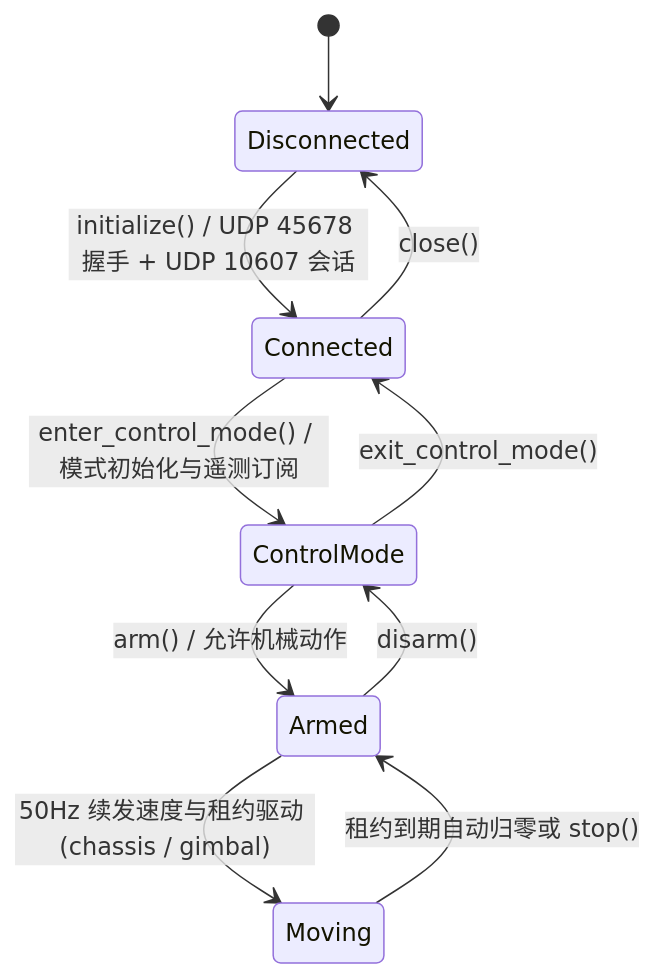
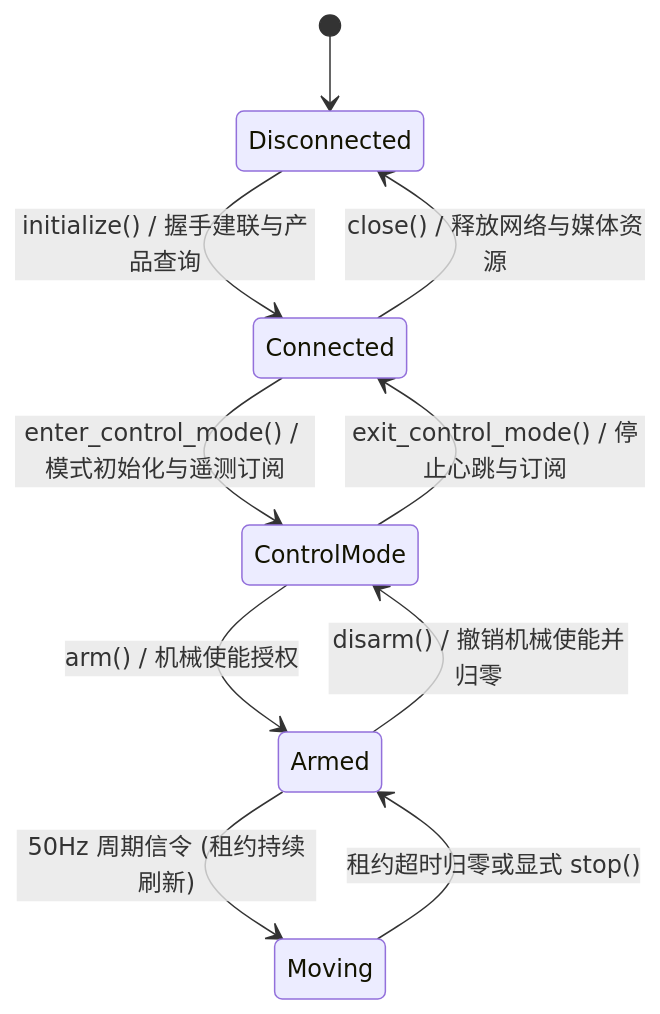
Before and after one commit to elonzh/hanppie: the ninth of 9 diagrams in docs/architecture.md, drawn with Mermaid. The commit also changed other lines of this file and 1 other file, not shown here.

````diff
--- a/docs/architecture.md
+++ b/docs/architecture.md
@@ -374,12 +424,12 @@
 ```mermaid
 stateDiagram-v2
     [*] --> Disconnected
-    Disconnected --> Connected: initialize() / UDP 45678 握手 + UDP 10607 会话
+    Disconnected --> Connected: initialize() / 握手建联与产品查询
     Connected --> ControlMode: enter_control_mode() / 模式初始化与遥测订阅
-    ControlMode --> Armed: arm() / 允许机械动作
-    Armed --> Moving: 50Hz 续发速度与租约驱动 (chassis / gimbal)
-    Moving --> Armed: 租约到期自动归零或 stop()
-    Armed --> ControlMode: disarm()
-    ControlMode --> Connected: exit_control_mode()
-    Connected --> Disconnected: close()
+    ControlMode --> Armed: arm() / 机械使能授权
+    Armed --> Moving: 50Hz 周期信令 (租约持续刷新)
+    Moving --> Armed: 租约超时归零或显式 stop()
+    Armed --> ControlMode: disarm() / 撤销机械使能并归零
+    ControlMode --> Connected: exit_control_mode() / 停止心跳与订阅
+    Connected --> Disconnected: close() / 释放网络与媒体资源
 ```
````
